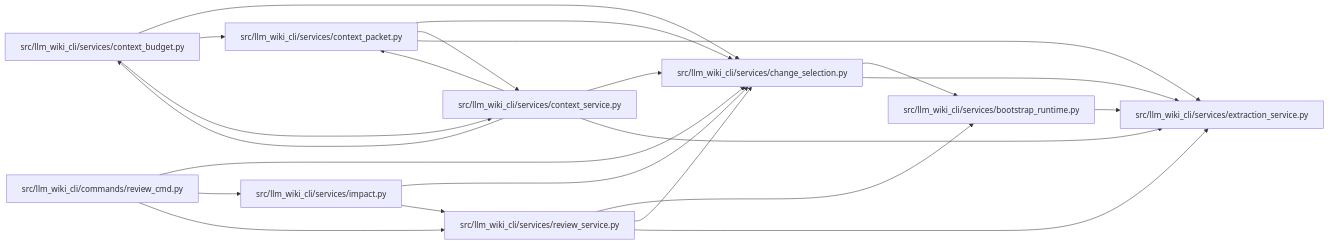
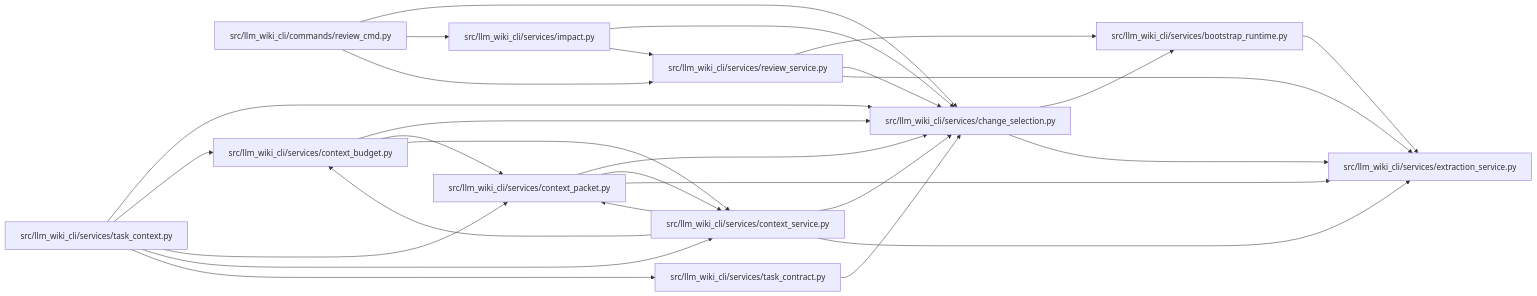
Before and after one commit to Denissvgn/python-wiki-llm: the diagram in docs/llm_wiki/modules/change_selection.md, drawn with Mermaid. The commit also changed other lines of this file and 279 other files, not shown here.

````diff
--- a/docs/llm_wiki/modules/change_selection.md
+++ b/docs/llm_wiki/modules/change_selection.md
@@ -32,42 +32,52 @@
 ```mermaid
 flowchart LR
     n0["src/llm_wiki_cli/commands/review_cmd.py"]
     n1["src/llm_wiki_cli/services/bootstrap_runtime.py"]
     n2["src/llm_wiki_cli/services/change_selection.py"]
     n3["src/llm_wiki_cli/services/context_budget.py"]
     n4["src/llm_wiki_cli/services/context_packet.py"]
     n5["src/llm_wiki_cli/services/context_service.py"]
     n6["src/llm_wiki_cli/services/extraction_service.py"]
     n7["src/llm_wiki_cli/services/impact.py"]
     n8["src/llm_wiki_cli/services/review_service.py"]
+    n9["src/llm_wiki_cli/services/task_context.py"]
+    n10["src/llm_wiki_cli/services/task_contract.py"]
     n0 --> n2
     n0 --> n7
     n0 --> n8
     n1 --> n6
     n2 --> n1
     n2 --> n6
     n3 --> n2
     n3 --> n4
     n3 --> n5
     n4 --> n2
     n4 --> n5
     n4 --> n6
     n5 --> n2
     n5 --> n3
     n5 --> n4
     n5 --> n6
     n7 --> n2
     n7 --> n8
     n8 --> n1
     n8 --> n2
     n8 --> n6
+    n9 --> n2
+    n9 --> n3
+    n9 --> n4
+    n9 --> n5
+    n9 --> n10
+    n10 --> n2
     click n0 "../modules/review_cmd.md"
     click n1 "../modules/bootstrap_runtime.md"
     click n2 "../modules/change_selection.md"
     click n3 "../modules/context_budget.md"
     click n4 "../modules/context_packet.md"
     click n5 "../modules/context_service.md"
     click n6 "../modules/extraction_service.md"
     click n7 "../modules/impact.md"
     click n8 "../modules/review_service.md"
+    click n9 "../modules/task_context.md"
+    click n10 "../modules/task_contract.md"
 ```
````
